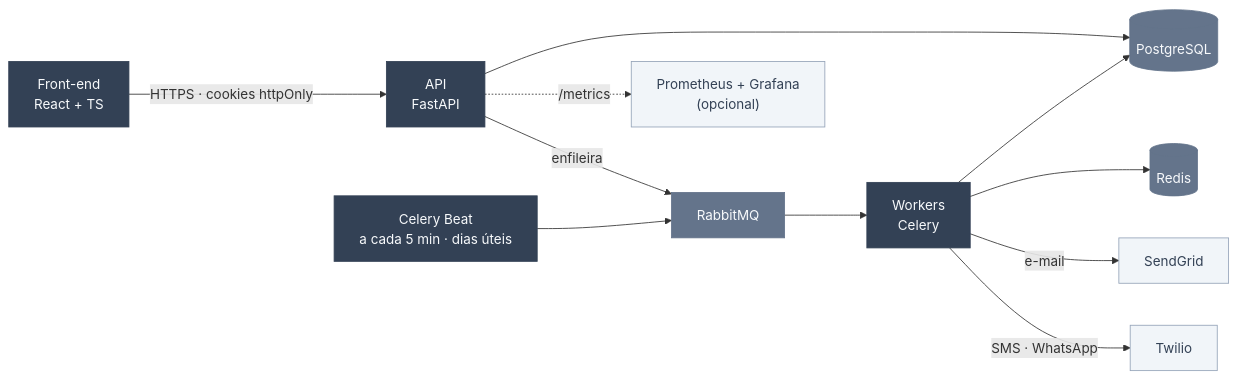
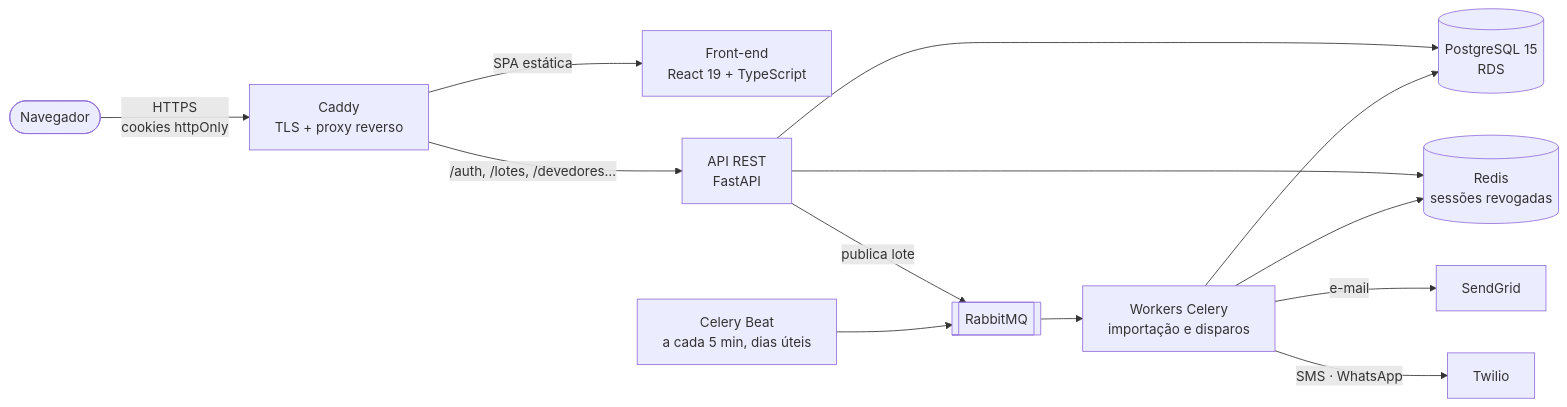
Before and after one commit to MarieleV/PlataformaCobranca: the second of 4 diagrams in README.md, drawn with Mermaid. The commit also changed other lines of this file and 12 other files, not shown here.

````diff
--- a/README.md
+++ b/README.md
@@ -90,20 +88,14 @@
 ```mermaid
 flowchart LR
-    FE["Front-end<br/>React + TS"] -- "HTTPS · cookies httpOnly" --> API["API<br/>FastAPI"]
-    API --> DB[("PostgreSQL")]
-    API -- "enfileira" --> MQ["RabbitMQ"]
-    MQ --> W["Workers<br/>Celery"]
-    BEAT["Celery Beat<br/>a cada 5 min · dias úteis"] --> MQ
+    U(["Navegador"]) -- "HTTPS<br/>cookies httpOnly" --> WEB["Caddy<br/>TLS + proxy reverso"]
+    WEB -- "SPA estática" --> FE["Front-end<br/>React 19 + TypeScript"]
+    WEB -- "/auth, /lotes, /devedores…" --> API["API REST<br/>FastAPI"]
+    API --> DB[("PostgreSQL 15<br/>RDS")]
+    API -- "publica lote" --> MQ[["RabbitMQ"]]
+    BEAT["Celery Beat<br/>a cada 5 min, dias úteis"] --> MQ
+    MQ --> W["Workers Celery<br/>importação e disparos"]
     W --> DB
-    W --> R[("Redis")]
+    API & W --> R[("Redis<br/>sessões revogadas")]
     W -- "e-mail" --> SG["SendGrid"]
     W -- "SMS · WhatsApp" --> TW["Twilio"]
-    API -. "/metrics" .-> PROM["Prometheus + Grafana<br/>(opcional)"]
-
-    classDef core fill:#334155,stroke:#334155,color:#F8FAFC;
-    classDef infra fill:#64748B,stroke:#64748B,color:#F8FAFC;
-    classDef ext fill:#F1F5F9,stroke:#94A3B8,color:#334155;
-    class FE,API,W,BEAT core;
-    class DB,MQ,R infra;
-    class SG,TW,PROM ext;
 ```
````
